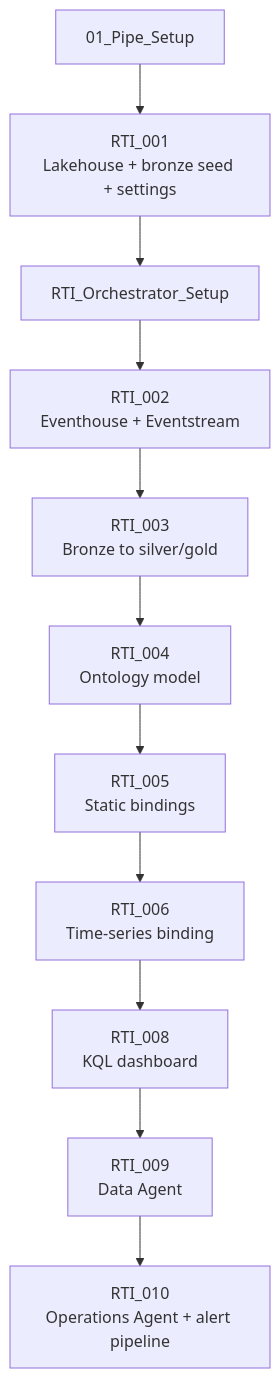
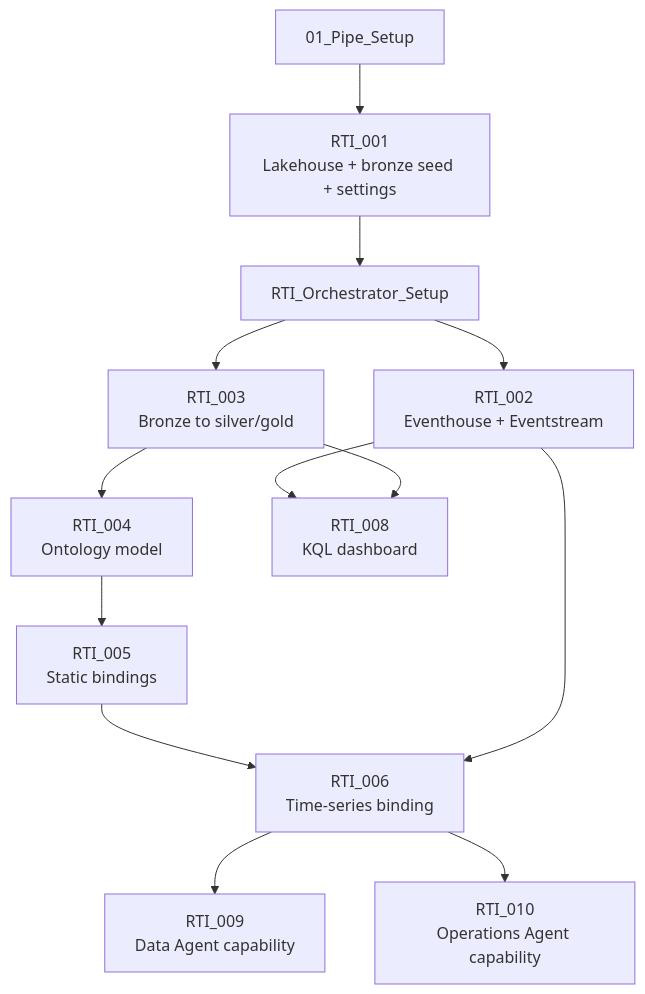
The second of 4 diagrams in DATA_FLOW_ANALYSIS.md (dibakardharchoudhury/FabricIQAppsDEMO), drawn with Mermaid before and after one commit. The commit also changed other lines of this file and 49 other files, not shown here.

````diff
--- a/DATA_FLOW_ANALYSIS.md
+++ b/DATA_FLOW_ANALYSIS.md
@@ -99,13 +103,15 @@
 ```mermaid
 flowchart TD
     PIPE["01_Pipe_Setup"] --> N1["RTI_001\nLakehouse + bronze seed + settings"]
     N1 --> ORCH["RTI_Orchestrator_Setup"]
     ORCH --> N2["RTI_002\nEventhouse + Eventstream"]
-    N2 --> N3["RTI_003\nBronze to silver/gold"]
+    ORCH --> N3["RTI_003\nBronze to silver/gold"]
     N3 --> N4["RTI_004\nOntology model"]
     N4 --> N5["RTI_005\nStatic bindings"]
     N5 --> N6["RTI_006\nTime-series binding"]
-    N6 --> N8["RTI_008\nKQL dashboard"]
-    N8 --> N9["RTI_009\nData Agent"]
-    N9 --> N10["RTI_010\nOperations Agent + alert pipeline"]
+    N2 --> N6
+    N2 --> N8["RTI_008\nKQL dashboard"]
+    N3 --> N8
+    N6 --> N9["RTI_009\nData Agent capability"]
+    N6 --> N10["RTI_010\nOperations Agent capability"]
 ```
````
